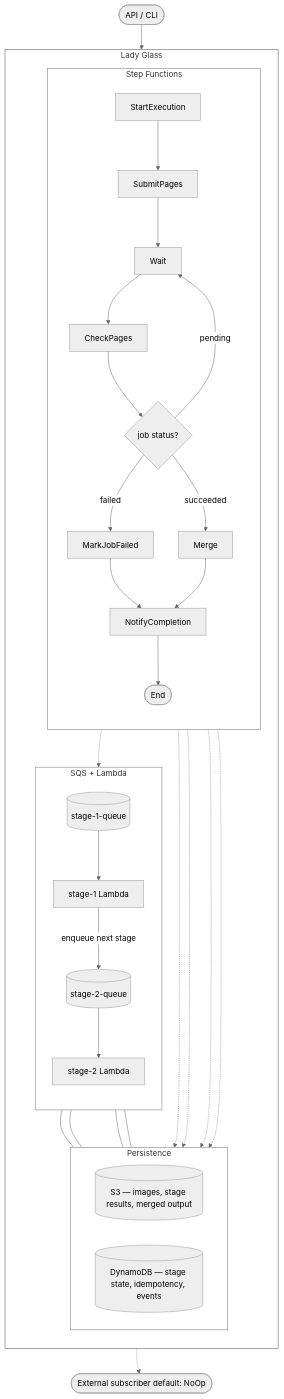
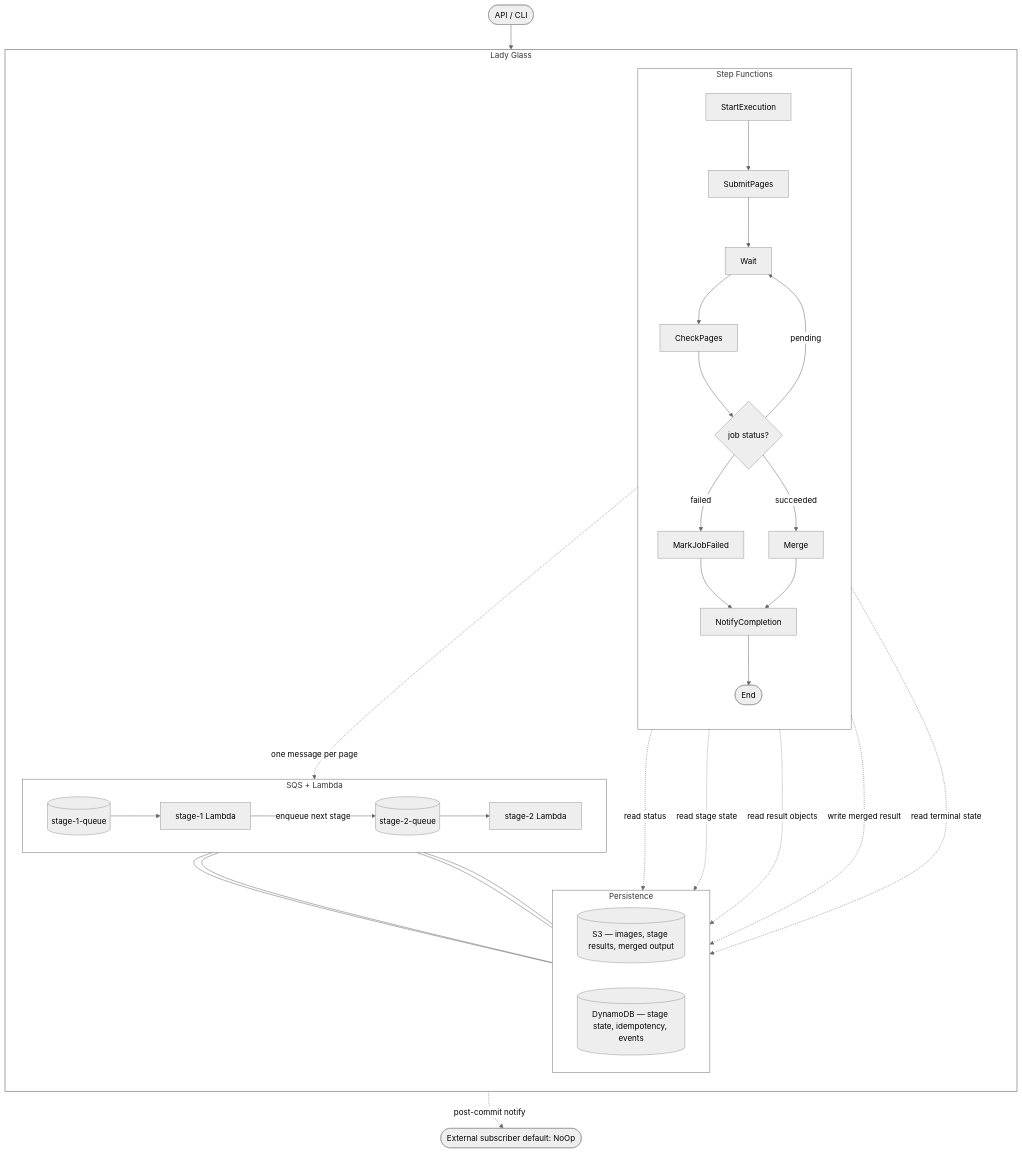
Before and after one commit to keix/lady-glass: the diagram in README.md, drawn with Mermaid (neutral theme).

Commit message:
README: restore mermaid to the b18a14e (pre-Kowloon) shape
Back out the CHAIN direction TB change (e0ea48e) and the dotted-arrow
label strip (daae47d). The rendered result stopped feeling right once
CHAIN went vertical — the "enqueue next stage" pill dangled between
stage-1 Lambda and stage-2-queue, and the label-less dotted arrows
lost the "who reads what, who writes what" story that the SFN → S3/DDB
edges are actually there to tell. Restoring the CHAIN LR band and the
seven descriptive labels puts the diagram back at a state that
matched the prose without visual glitches.

````diff
--- a/README.md
+++ b/README.md
@@ -19,56 +19,57 @@
 ```mermaid
 flowchart TB
     User([API / CLI]) --> StartExec[StartExecution]
 
     subgraph LG["Lady Glass"]
         direction TB
 
         subgraph SFN["Step Functions"]
             direction TB
             StartExec --> SubmitPages
             SubmitPages --> WaitLoop[Wait]
             WaitLoop --> CheckPages
             CheckPages --> Choice{job status?}
             Choice -- pending --> WaitLoop
             Choice -- failed --> MarkFailed[MarkJobFailed]
             Choice -- succeeded --> Merge
             MarkFailed --> Notify[NotifyCompletion]
             Merge --> Notify
             Notify --> Done([End])
         end
 
         subgraph CHAIN["SQS + Lambda"]
-            direction TB
+            direction LR
             Q1[(stage-1-queue)] --> L1[stage-1 Lambda]
             L1 -- enqueue next stage --> Q2[(stage-2-queue)]
             Q2 --> L2[stage-2 Lambda]
         end
 
         subgraph PERSIST["Persistence"]
             direction LR
             S3[(S3 — images, stage results, merged output)]
             DDB[(DynamoDB — stage state, idempotency, events)]
         end
     end
 
     Subscriber([External subscriber default: NoOp])
 
-    SubmitPages -.-> Q1
-    CheckPages -.-> DDB
-    Merge -.-> DDB
-    Merge -.-> S3
-    Notify -.-> DDB
-    Notify -.-> Subscriber
+    SubmitPages -. one message per page .-> Q1
+    CheckPages -. read status .-> DDB
+    Merge -. read stage state .-> DDB
+    Merge -. read result objects .-> S3
+    Merge -. write merged result .-> S3
+    Notify -. read terminal state .-> DDB
+    Notify -. post-commit notify .-> Subscriber
 
     L1 --- S3
     L1 --- DDB
     L2 --- S3
     L2 --- DDB
 
     Done ~~~ Subscriber
 
     style LG fill:none,stroke:#888,stroke-width:1.5px
     style SFN fill:none
     style CHAIN fill:none
     style PERSIST fill:none
 ```
````
